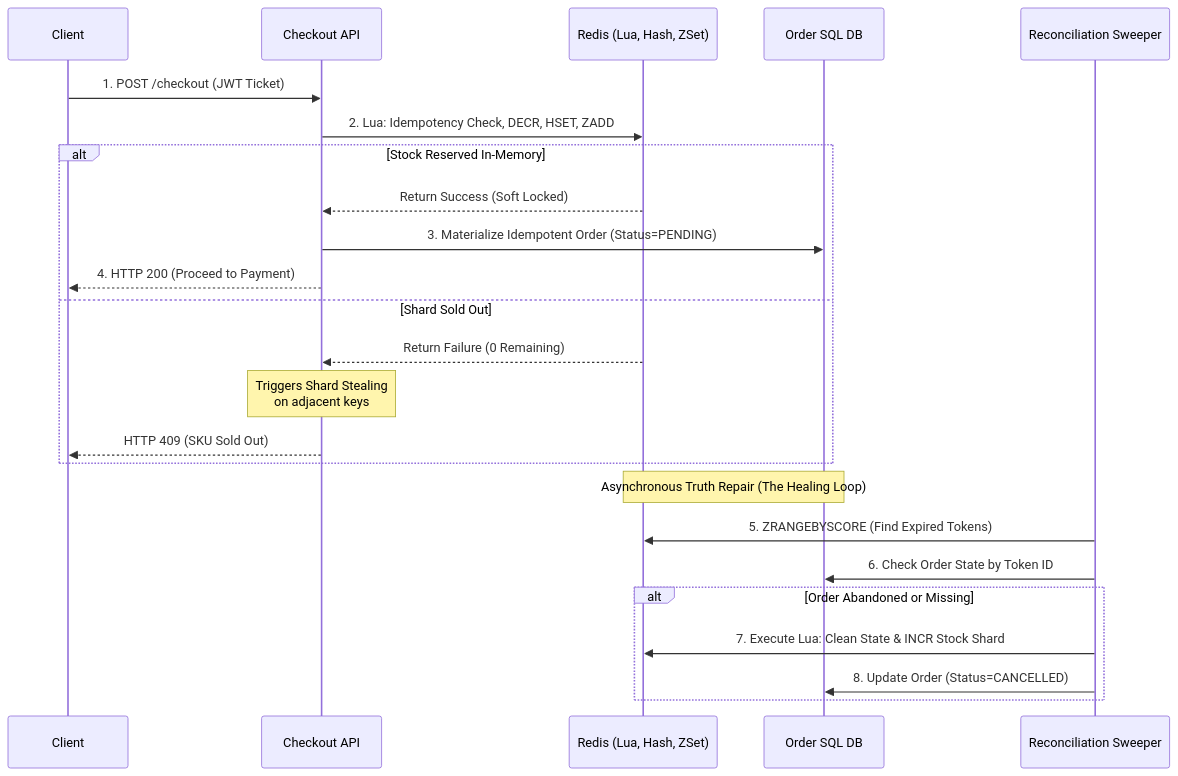
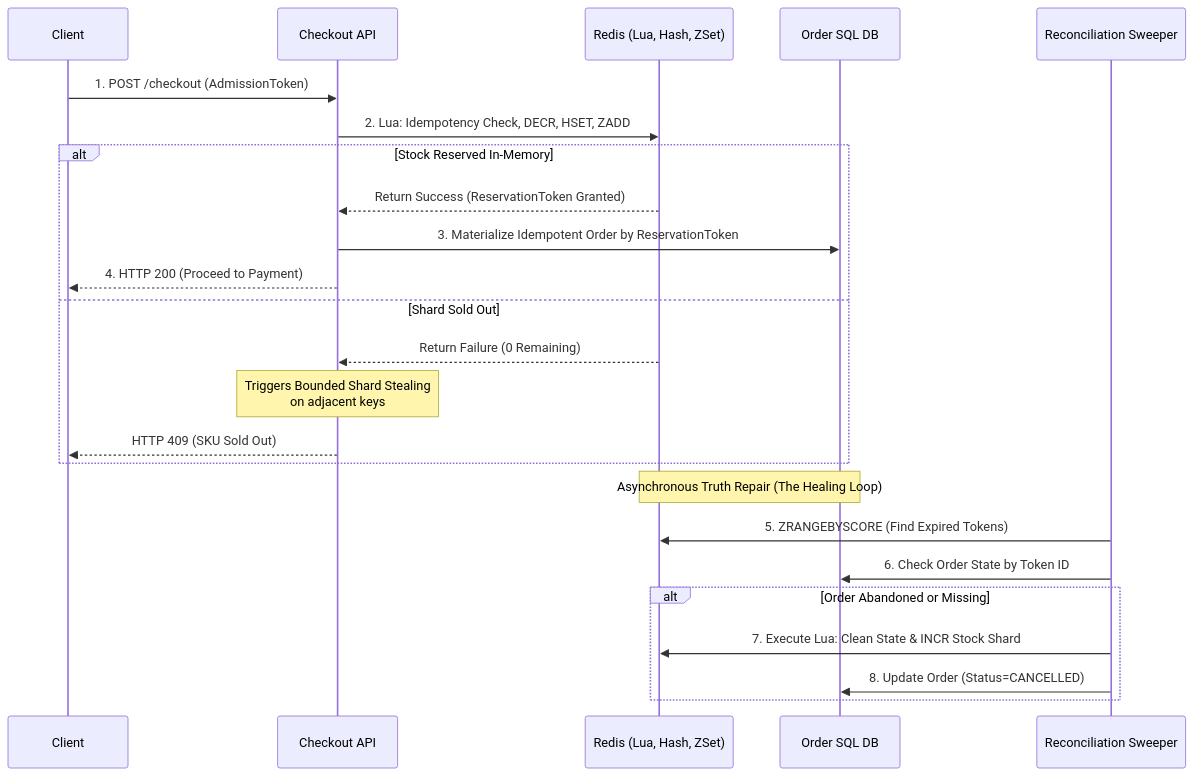
The diagram in content/posts/series_3/3.global_flash_sale_engine_inventory.md (tuanhiep/tuanhiep.github.io), drawn with Mermaid before and after one commit. The commit also changed other lines of this file, not shown here.

````diff
--- a/content/posts/series_3/3.global_flash_sale_engine_inventory.md
+++ b/content/posts/series_3/3.global_flash_sale_engine_inventory.md
@@ -159,30 +173,30 @@
 ```mermaid
 sequenceDiagram
     participant C as Client
     participant API as Checkout API
     participant R as Redis (Lua, Hash, ZSet)
     participant DB as Order SQL DB
     participant W as Reconciliation Sweeper
 
-    C->>API: 1. POST /checkout (JWT Ticket)
+    C->>API: 1. POST /checkout (AdmissionToken)
     API->>R: 2. Lua: Idempotency Check, DECR, HSET, ZADD
     
     alt Stock Reserved In-Memory
-        R-->>API: Return Success (Soft Locked)
-        API->>DB: 3. Materialize Idempotent Order (Status=PENDING)
+        R-->>API: Return Success (ReservationToken Granted)
+        API->>DB: 3. Materialize Idempotent Order by ReservationToken
         API-->>C: 4. HTTP 200 (Proceed to Payment)
     else Shard Sold Out
         R-->>API: Return Failure (0 Remaining)
-        Note over API: Triggers Shard Stealing<br/>on adjacent keys
+        Note over API: Triggers Bounded Shard Stealing<br/>on adjacent keys
         API-->>C: HTTP 409 (SKU Sold Out)
     end
 
     Note over R,DB: Asynchronous Truth Repair (The Healing Loop)
     W->>R: 5. ZRANGEBYSCORE (Find Expired Tokens)
     W->>DB: 6. Check Order State by Token ID
     alt Order Abandoned or Missing
         W->>R: 7. Execute Lua: Clean State & INCR Stock Shard
         W->>DB: 8. Update Order (Status=CANCELLED)
     end
 
 ```
````
